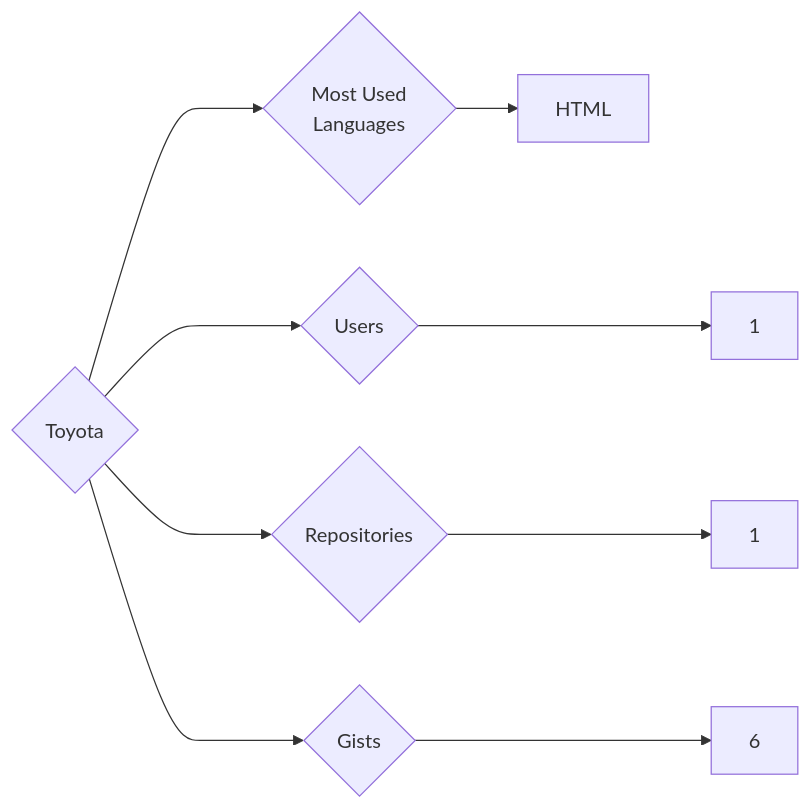
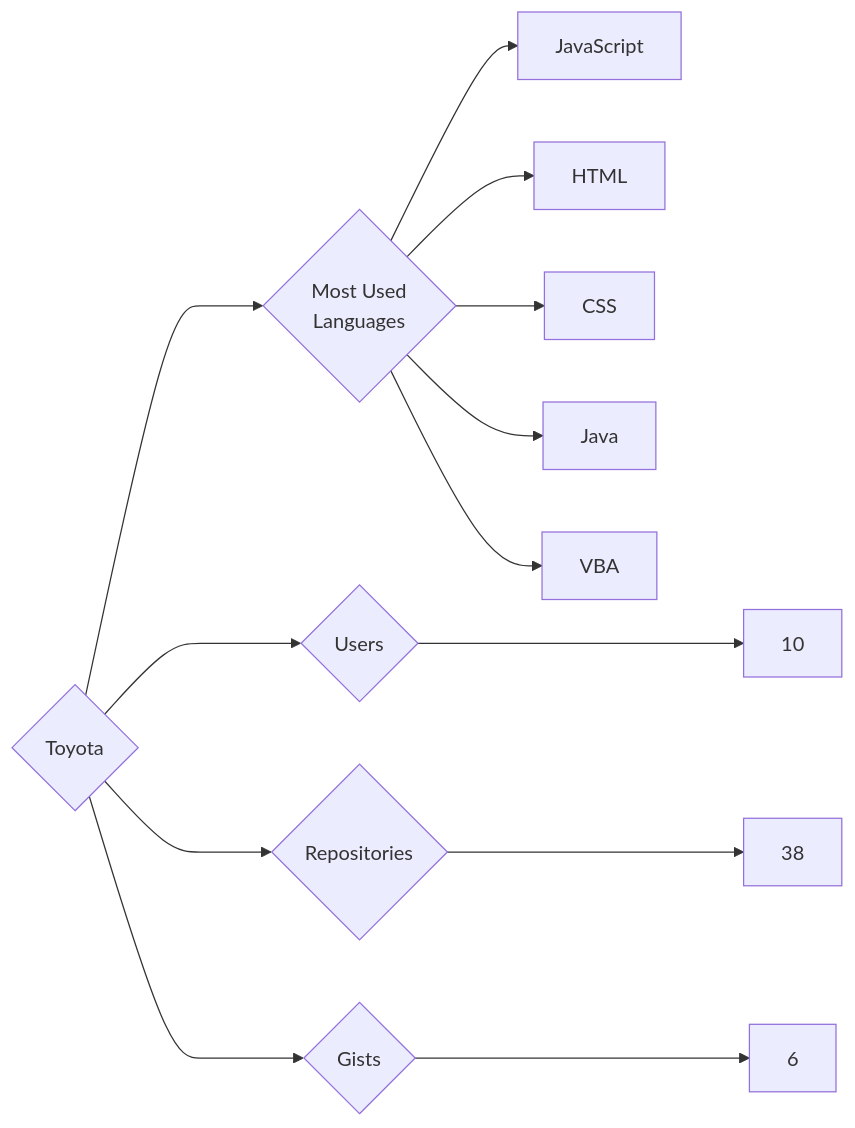
One commit to trickest/insiders changed the diagram in targets/Toyota/README.md. Above: the diagram before and after it, drawn with Mermaid. The commit also changed 728 other files, not shown here.

````diff
--- a/targets/Toyota/README.md
+++ b/targets/Toyota/README.md
@@ -3,9 +3,13 @@
 ```mermaid
 graph LR
 COMPANY_NAME{Toyota}
-COMPANY_NAME ---> U{Users} ---> UN[1]
-COMPANY_NAME ---> R{Repositories} ---> RN[1]
+COMPANY_NAME ---> U{Users} ---> UN[10]
+COMPANY_NAME ---> R{Repositories} ---> RN[38]
 COMPANY_NAME ---> G{Gists} ---> GN[6]
 COMPANY_NAME ---> ML{Most Used<br>Languages}
+ML --> JavaScript[JavaScript]
 ML --> HTML[HTML]
+ML --> CSS[CSS]
+ML --> Java[Java]
+ML --> VBA[VBA]
 ```
````
